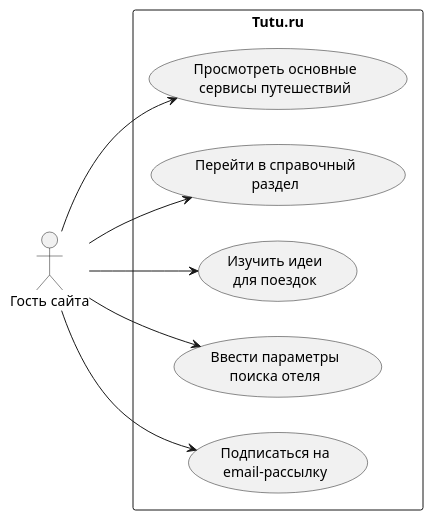
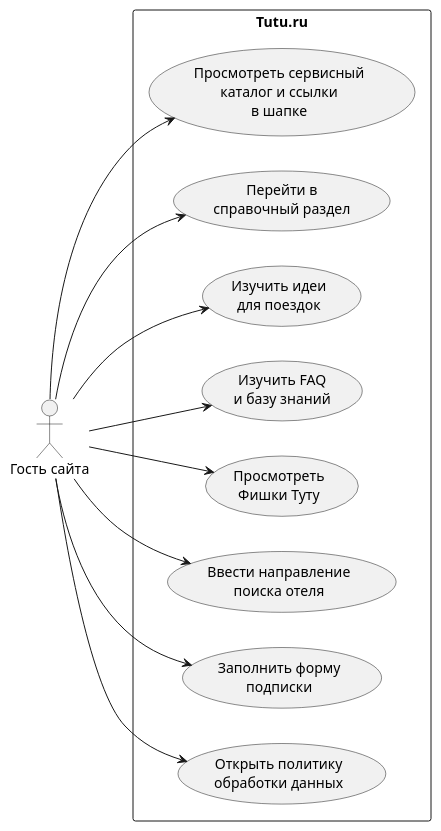
Before and after one commit to listoCheck/Software-testing: the diagram in docs/tasks/lab3/use-cases.puml, drawn with PlantUML. The commit also changed 13 other files, not shown here.

```diff
--- a/docs/tasks/lab3/use-cases.puml
+++ b/docs/tasks/lab3/use-cases.puml
@@ -1,20 +1,26 @@
 @startuml
 left to right direction
 skinparam packageStyle rectangle
 
 actor "Гость сайта" as Guest
 
 rectangle "Tutu.ru" {
-  usecase "Просмотреть основные\nсервисы путешествий" as UC1
-  usecase "Перейти в справочный\nраздел" as UC2
+  usecase "Просмотреть сервисный\nкаталог и ссылки\nв шапке" as UC1
+  usecase "Перейти в\nсправочный раздел" as UC2
   usecase "Изучить идеи\nдля поездок" as UC3
-  usecase "Ввести параметры\nпоиска отеля" as UC4
-  usecase "Подписаться на\nemail-рассылку" as UC5
+  usecase "Изучить FAQ\nи базу знаний" as UC4
+  usecase "Просмотреть\nФишки Туту" as UC5
+  usecase "Ввести направление\nпоиска отеля" as UC6
+  usecase "Заполнить форму\nподписки" as UC7
+  usecase "Открыть политику\nобработки данных" as UC8
 }
 
 Guest --> UC1
 Guest --> UC2
 Guest --> UC3
 Guest --> UC4
 Guest --> UC5
+Guest --> UC6
+Guest --> UC7
+Guest --> UC8
 @enduml
```
